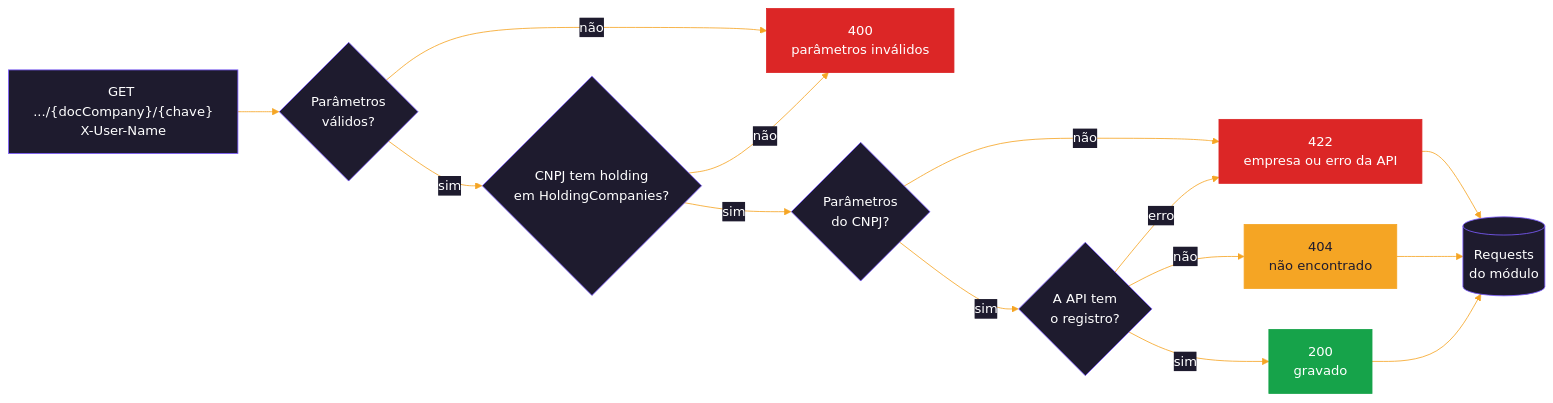
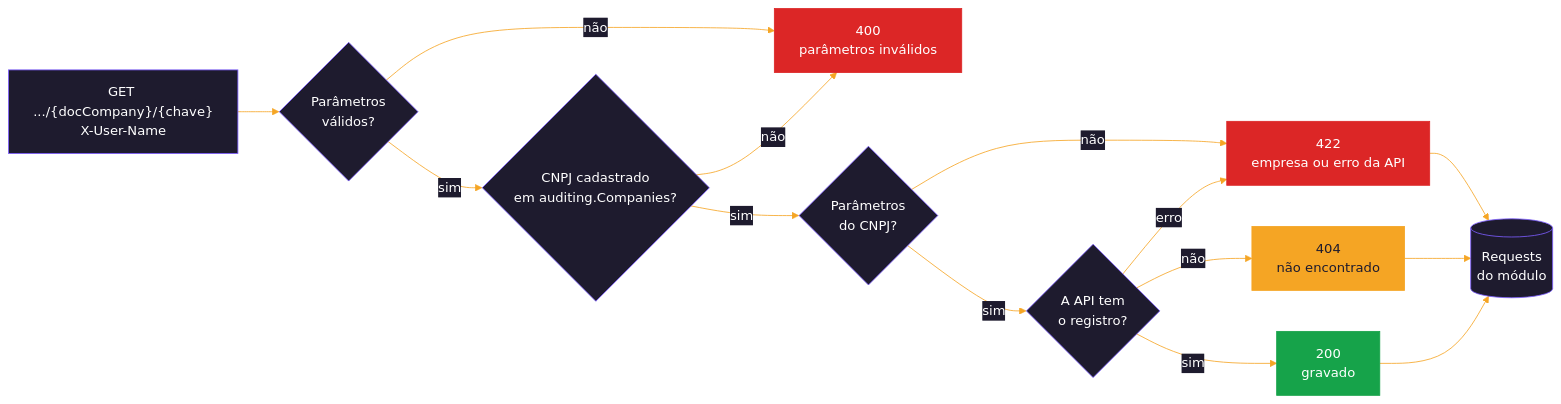
The fifth of 11 diagrams in README.md (cayo-kume/extract-transform-load-integrations-system), drawn with Mermaid before and after one commit. The commit also changed other lines of this file and 121 other files, not shown here.

````diff
--- a/README.md
+++ b/README.md
@@ -273,24 +272,24 @@
 ```mermaid
 %%{init: {'theme':'base','themeVariables':{'primaryColor':'#1e1b2e','primaryTextColor':'#ffffff','primaryBorderColor':'#7c5cff','lineColor':'#f5a524','textColor':'#1e1b2e','clusterBkg':'#f5f3ff','clusterBorder':'#7c5cff','titleColor':'#1e1b2e','edgeLabelBackground':'#1e1b2e'}}}%%
 flowchart LR
     REQ["GET .../{docCompany}/{chave}<br/>X-User-Name"] --> V{"Parâmetros<br/>válidos?"}
     V -- não --> E400["400<br/>parâmetros inválidos"]
-    V -- sim --> H{"CNPJ tem holding<br/>em HoldingCompanies?"}
+    V -- sim --> H{"CNPJ cadastrado<br/>em auditing.Companies?"}
     H -- não --> E400
     H -- sim --> C{"Parâmetros<br/>do CNPJ?"}
     C -- não --> E422["422<br/>empresa ou erro da API"]
     C -- sim --> API{"A API tem<br/>o registro?"}
     API -- erro --> E422
     API -- não --> E404["404<br/>não encontrado"]
     API -- sim --> OK["200<br/>gravado"]
     OK --> LOG[("Requests<br/>do módulo")]
     E404 --> LOG
     E422 --> LOG
 
     classDef ok fill:#16a34a,stroke:#16a34a,color:#ffffff
     classDef warn fill:#f5a524,stroke:#f5a524,color:#1e1b2e
     classDef err fill:#dc2626,stroke:#dc2626,color:#ffffff
     class OK ok
     class E404 warn
     class E400,E422 err
 ```
````
